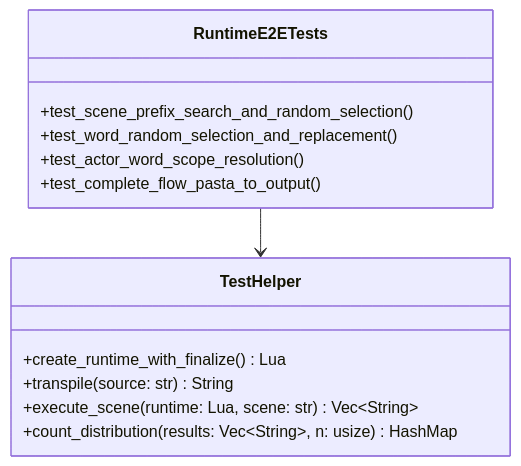
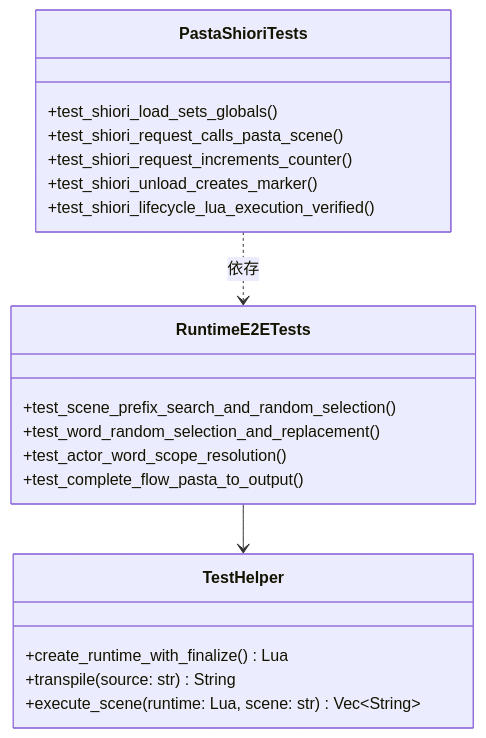
One commit to ekicyou/pasta changed the seventh of 8 diagrams in .kiro/specs/soul-document/design.md. Above: the diagram before and after it, drawn with Mermaid. The commit also changed other lines of this file and 2 other files, not shown here.

First line of the commit message:
docs(soul-document): 議題3決着 - pasta_shiori修正を本仕様に含める

````diff
--- a/.kiro/specs/soul-document/design.md
+++ b/.kiro/specs/soul-document/design.md
@@ -199,18 +203,26 @@
 ```mermaid
 classDiagram
     class RuntimeE2ETests {
         +test_scene_prefix_search_and_random_selection()
         +test_word_random_selection_and_replacement()
         +test_actor_word_scope_resolution()
         +test_complete_flow_pasta_to_output()
     }
     
+    class PastaShioriTests {
+        +test_shiori_load_sets_globals()
+        +test_shiori_request_calls_pasta_scene()
+        +test_shiori_request_increments_counter()
+        +test_shiori_unload_creates_marker()
+        +test_shiori_lifecycle_lua_execution_verified()
+    }
+    
     class TestHelper {
         +create_runtime_with_finalize() Lua
         +transpile(source: str) String
         +execute_scene(runtime: Lua, scene: str) Vec~String~
-        +count_distribution(results: Vec~String~, n: usize) HashMap
     }
     
     RuntimeE2ETests --> TestHelper
+    PastaShioriTests ..> RuntimeE2ETests : 依存
 ```
````
